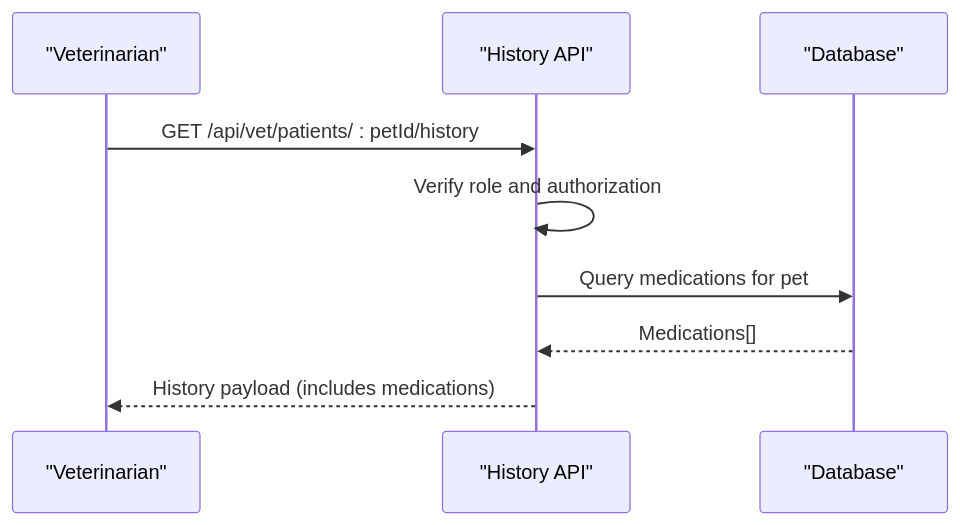
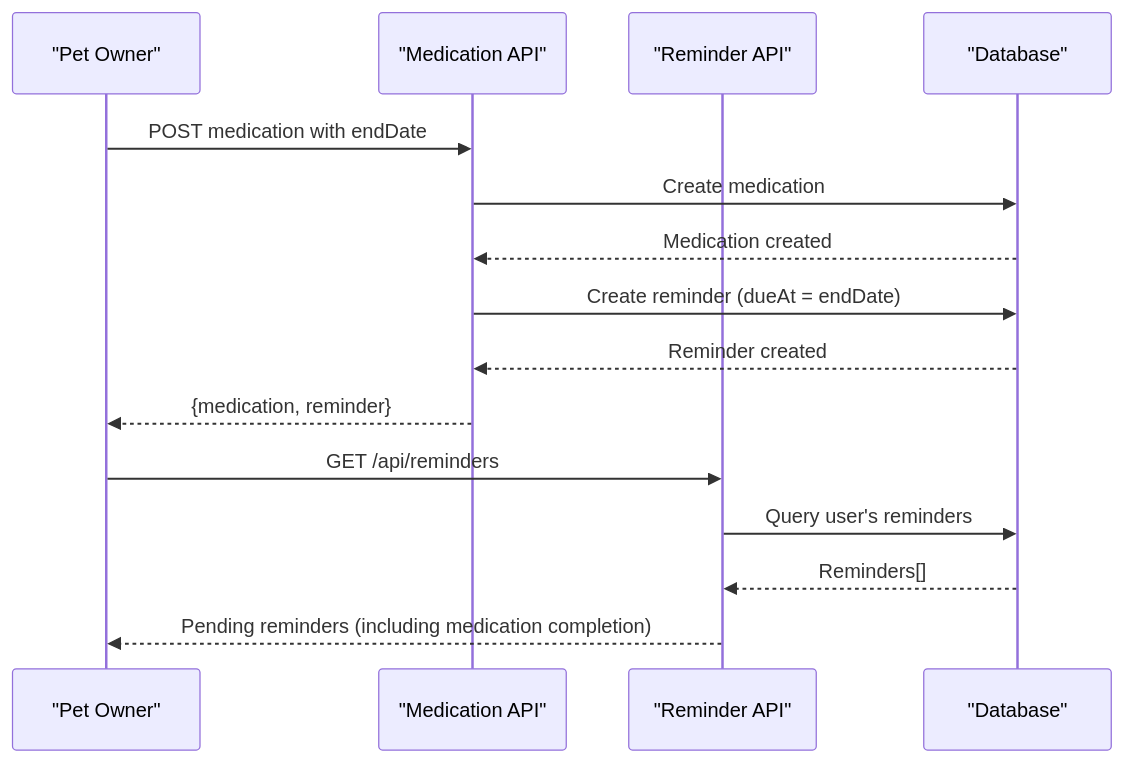
Before and after one commit to Javeria-Javaid/ai-powered-pet-healthcare-ecosystem: the sixth of 7 diagrams in .qoder/repowiki/en/content/Pet Health Management/Medication Management.md, drawn with Mermaid. The commit also changed other lines of this file and 45 other files, not shown here.

````diff
--- a/.qoder/repowiki/en/content/Pet Health Management/Medication Management.md
+++ b/.qoder/repowiki/en/content/Pet Health Management/Medication Management.md
@@ -183,11 +279,17 @@
 ```mermaid
 sequenceDiagram
-participant Vet as "Veterinarian"
-participant Hist as "History API"
+participant User as "Pet Owner"
+participant MedAPI as "Medication API"
+participant RemindAPI as "Reminder API"
 participant DB as "Database"
-Vet->>Hist : GET /api/vet/patients/ : petId/history
-Hist->>Hist : Verify role and authorization
-Hist->>DB : Query medications for pet
-DB-->>Hist : Medications[]
-Hist-->>Vet : History payload (includes medications)
+User->>MedAPI : POST medication with endDate
+MedAPI->>DB : Create medication
+DB-->>MedAPI : Medication created
+MedAPI->>DB : Create reminder (dueAt = endDate)
+DB-->>MedAPI : Reminder created
+MedAPI-->>User : {medication, reminder}
+User->>RemindAPI : GET /api/reminders
+RemindAPI->>DB : Query user's reminders
+DB-->>RemindAPI : Reminders[]
+RemindAPI-->>User : Pending reminders (including medication completion)
 ```
````
